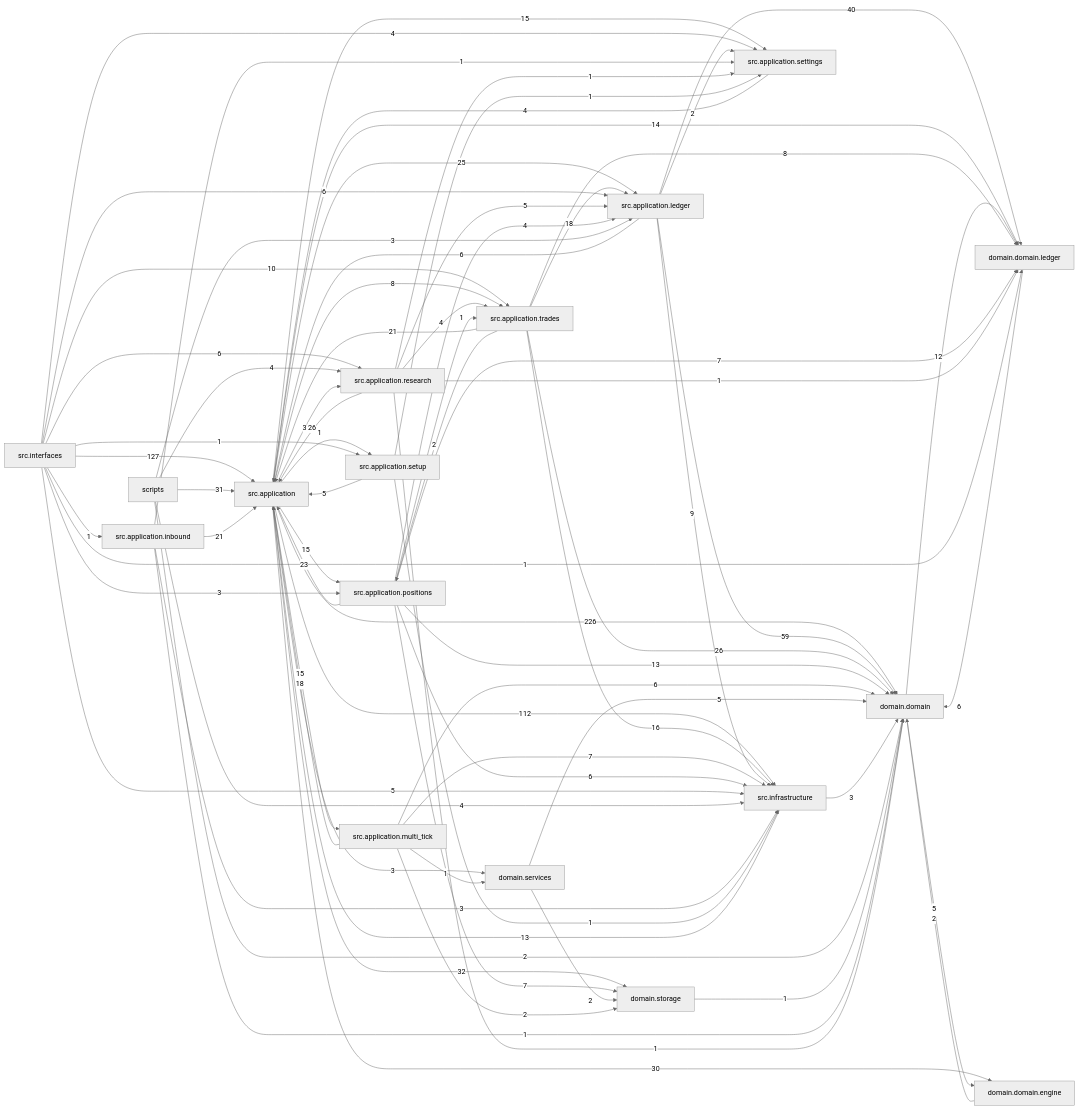
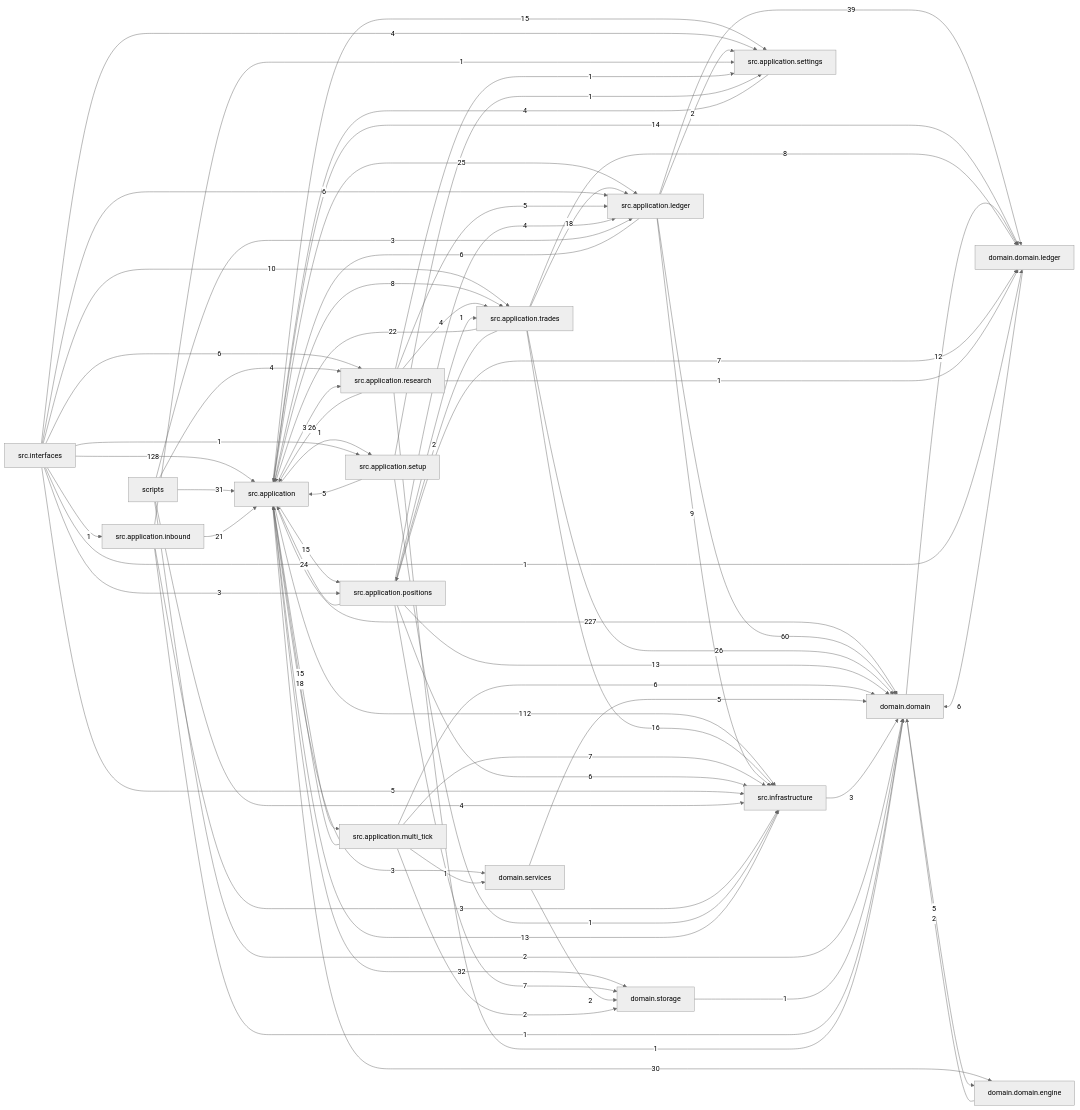
Before and after one commit to liuxie066/options-monitor: the diagram in docs/dependency_graph.mmd, drawn with Mermaid (neutral theme). The commit also changed 27 other files, not shown here.

```diff
--- a/docs/dependency_graph.mmd
+++ b/docs/dependency_graph.mmd
@@ -1,75 +1,75 @@
 flowchart LR
-  src_application["src.application"] -->|226| domain_domain["domain.domain"]
-  src_interfaces["src.interfaces"] -->|127| src_application["src.application"]
+  src_application["src.application"] -->|227| domain_domain["domain.domain"]
+  src_interfaces["src.interfaces"] -->|128| src_application["src.application"]
   src_application["src.application"] -->|112| src_infrastructure["src.infrastructure"]
-  src_application_ledger["src.application.ledger"] -->|59| domain_domain["domain.domain"]
-  src_application_ledger["src.application.ledger"] -->|40| domain_domain_ledger["domain.domain.ledger"]
+  src_application_ledger["src.application.ledger"] -->|60| domain_domain["domain.domain"]
+  src_application_ledger["src.application.ledger"] -->|39| domain_domain_ledger["domain.domain.ledger"]
   src_application["src.application"] -->|32| domain_storage["domain.storage"]
   scripts["scripts"] -->|31| src_application["src.application"]
   src_application["src.application"] -->|30| domain_domain_engine["domain.domain.engine"]
   src_application_research["src.application.research"] -->|26| src_application["src.application"]
   src_application_trades["src.application.trades"] -->|26| domain_domain["domain.domain"]
   src_application["src.application"] -->|25| src_application_ledger["src.application.ledger"]
-  src_application_positions["src.application.positions"] -->|23| src_application["src.application"]
+  src_application_positions["src.application.positions"] -->|24| src_application["src.application"]
+  src_application_trades["src.application.trades"] -->|22| src_application["src.application"]
   src_application_inbound["src.application.inbound"] -->|21| src_application["src.application"]
-  src_application_trades["src.application.trades"] -->|21| src_application["src.application"]
   src_application_multi_tick["src.application.multi_tick"] -->|18| src_application["src.application"]
   src_application_trades["src.application.trades"] -->|18| src_application_ledger["src.application.ledger"]
   src_application_trades["src.application.trades"] -->|16| src_infrastructure["src.infrastructure"]
   src_application["src.application"] -->|15| src_application_multi_tick["src.application.multi_tick"]
   src_application["src.application"] -->|15| src_application_positions["src.application.positions"]
   src_application["src.application"] -->|15| src_application_settings["src.application.settings"]
   src_application["src.application"] -->|14| domain_domain_ledger["domain.domain.ledger"]
   src_application_positions["src.application.positions"] -->|13| domain_domain["domain.domain"]
   src_infrastructure["src.infrastructure"] -->|13| src_application["src.application"]
   domain_domain["domain.domain"] -->|12| domain_domain_ledger["domain.domain.ledger"]
   src_interfaces["src.interfaces"] -->|10| src_application_trades["src.application.trades"]
   src_application_ledger["src.application.ledger"] -->|9| src_infrastructure["src.infrastructure"]
   src_application["src.application"] -->|8| src_application_trades["src.application.trades"]
   src_application_trades["src.application.trades"] -->|8| domain_domain_ledger["domain.domain.ledger"]
   src_application_multi_tick["src.application.multi_tick"] -->|7| src_infrastructure["src.infrastructure"]
   src_application_positions["src.application.positions"] -->|7| domain_domain_ledger["domain.domain.ledger"]
   src_application_positions["src.application.positions"] -->|7| domain_storage["domain.storage"]
   domain_domain_ledger["domain.domain.ledger"] -->|6| domain_domain["domain.domain"]
   src_application_ledger["src.application.ledger"] -->|6| src_application["src.application"]
   src_application_multi_tick["src.application.multi_tick"] -->|6| domain_domain["domain.domain"]
   src_application_positions["src.application.positions"] -->|6| src_infrastructure["src.infrastructure"]
   src_interfaces["src.interfaces"] -->|6| src_application_ledger["src.application.ledger"]
   src_interfaces["src.interfaces"] -->|6| src_application_research["src.application.research"]
   domain_domain["domain.domain"] -->|5| domain_domain_engine["domain.domain.engine"]
   domain_services["domain.services"] -->|5| domain_domain["domain.domain"]
   src_application_research["src.application.research"] -->|5| src_application_ledger["src.application.ledger"]
   src_application_setup["src.application.setup"] -->|5| src_application["src.application"]
   src_interfaces["src.interfaces"] -->|5| src_infrastructure["src.infrastructure"]
   scripts["scripts"] -->|4| src_application_research["src.application.research"]
   scripts["scripts"] -->|4| src_infrastructure["src.infrastructure"]
   src_application_positions["src.application.positions"] -->|4| src_application_ledger["src.application.ledger"]
   src_application_research["src.application.research"] -->|4| src_application_trades["src.application.trades"]
   src_application_settings["src.application.settings"] -->|4| src_application["src.application"]
   src_interfaces["src.interfaces"] -->|4| src_application_settings["src.application.settings"]
   scripts["scripts"] -->|3| src_application_ledger["src.application.ledger"]
   src_application["src.application"] -->|3| domain_services["domain.services"]
   src_application["src.application"] -->|3| src_application_research["src.application.research"]
   src_application_inbound["src.application.inbound"] -->|3| src_infrastructure["src.infrastructure"]
   src_infrastructure["src.infrastructure"] -->|3| domain_domain["domain.domain"]
   src_interfaces["src.interfaces"] -->|3| src_application_positions["src.application.positions"]
   domain_domain_engine["domain.domain.engine"] -->|2| domain_domain["domain.domain"]
   domain_services["domain.services"] -->|2| domain_storage["domain.storage"]
   scripts["scripts"] -->|2| domain_domain["domain.domain"]
   src_application_ledger["src.application.ledger"] -->|2| src_application_settings["src.application.settings"]
   src_application_multi_tick["src.application.multi_tick"] -->|2| domain_storage["domain.storage"]
   src_application_trades["src.application.trades"] -->|2| src_application_positions["src.application.positions"]
   domain_storage["domain.storage"] -->|1| domain_domain["domain.domain"]
   src_application["src.application"] -->|1| src_application_setup["src.application.setup"]
   src_application_inbound["src.application.inbound"] -->|1| domain_domain["domain.domain"]
   src_application_inbound["src.application.inbound"] -->|1| src_application_settings["src.application.settings"]
   src_application_multi_tick["src.application.multi_tick"] -->|1| domain_services["domain.services"]
   src_application_positions["src.application.positions"] -->|1| src_application_trades["src.application.trades"]
   src_application_research["src.application.research"] -->|1| domain_domain["domain.domain"]
   src_application_research["src.application.research"] -->|1| domain_domain_ledger["domain.domain.ledger"]
   src_application_research["src.application.research"] -->|1| src_application_settings["src.application.settings"]
   src_application_setup["src.application.setup"] -->|1| src_application_settings["src.application.settings"]
   src_application_setup["src.application.setup"] -->|1| src_infrastructure["src.infrastructure"]
   src_interfaces["src.interfaces"] -->|1| domain_domain_ledger["domain.domain.ledger"]
   src_interfaces["src.interfaces"] -->|1| src_application_inbound["src.application.inbound"]
   src_interfaces["src.interfaces"] -->|1| src_application_setup["src.application.setup"]
```
